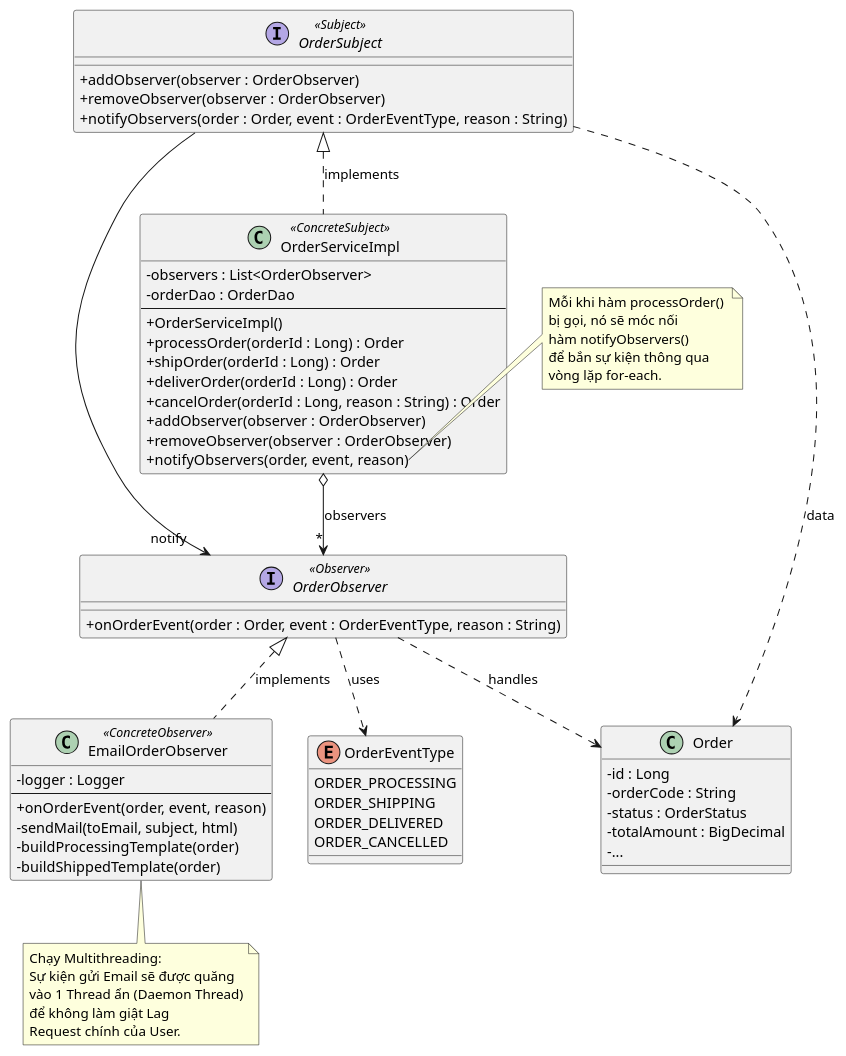
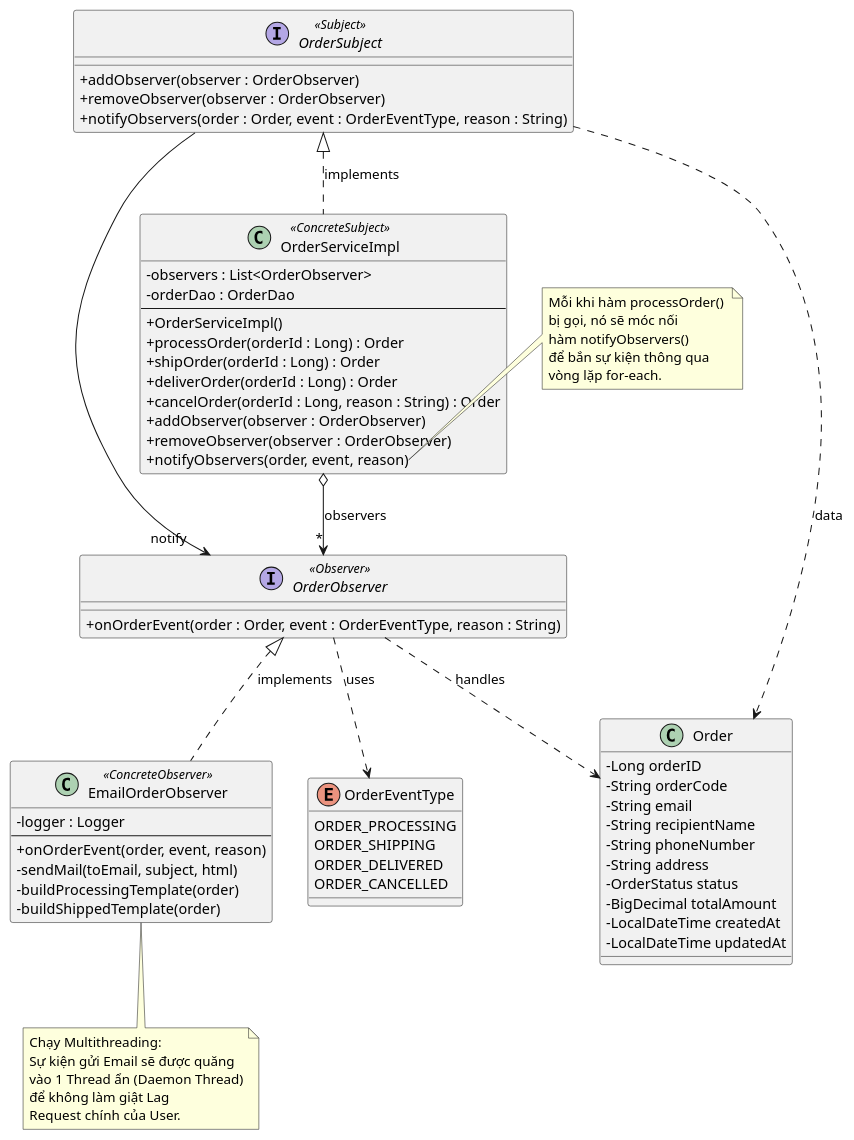
Before and after one commit to trihieuvo/justFUML: the diagram in src/Khanh_Pattern_Puml/observer_order.puml, drawn with PlantUML. The commit also changed 8 other files, not shown here.

First line of the commit message:
Update UML diagrams and add design patterns report

```diff
--- a/src/Khanh_Pattern_Puml/observer_order.puml
+++ b/src/Khanh_Pattern_Puml/observer_order.puml
@@ -1,84 +1,89 @@
 @startuml
 skinparam ClassAttributeIconSize 0
 
 ' --- Subject (Nhà phát hành) ---
 interface OrderSubject <<Subject>> {
     + addObserver(observer : OrderObserver)
     + removeObserver(observer : OrderObserver)
     + notifyObservers(order : Order, event : OrderEventType, reason : String)
 }
 
 ' --- Concrete Subject ---
 class OrderServiceImpl <<ConcreteSubject>> {
     - observers : List<OrderObserver>
     - orderDao : OrderDao
     --
     + OrderServiceImpl()
     + processOrder(orderId : Long) : Order
     + shipOrder(orderId : Long) : Order
     + deliverOrder(orderId : Long) : Order
     + cancelOrder(orderId : Long, reason : String) : Order
     + addObserver(observer : OrderObserver)
     + removeObserver(observer : OrderObserver)
     + notifyObservers(order, event, reason)
 }
 
 ' --- Observer (Người Lắng nghe) ---
 interface OrderObserver <<Observer>> {
     + onOrderEvent(order : Order, event : OrderEventType, reason : String)
 }
 
 ' --- Concrete Observers ---
 class EmailOrderObserver <<ConcreteObserver>> {
     - logger : Logger
     --
     + onOrderEvent(order, event, reason)
     - sendMail(toEmail, subject, html)
     - buildProcessingTemplate(order)
     - buildShippedTemplate(order)
 }
 
 ' --- Data Flow (Event Object) ---
 enum OrderEventType {
     ORDER_PROCESSING
     ORDER_SHIPPING
     ORDER_DELIVERED
     ORDER_CANCELLED
 }
 
 ' --- Relationships ---
 OrderSubject <|.. OrderServiceImpl : "implements"
 OrderObserver <|.. EmailOrderObserver : "implements"
 OrderSubject -> "notify" OrderObserver : ""
 OrderServiceImpl o--> "*" OrderObserver : "observers"
 OrderObserver ..> OrderEventType : "uses"
 OrderSubject ..> Order : "data"
 OrderObserver ..> Order : "handles"
 
 ' --- Data Entities (Abbreviated) ---
 class Order {
-    - id : Long
-    - orderCode : String
-    - status : OrderStatus
-    - totalAmount : BigDecimal
-    - ...
+- Long orderID
+- String orderCode
+- String email
+- String recipientName
+- String phoneNumber
+- String address
+- OrderStatus status
+- BigDecimal totalAmount
+- LocalDateTime createdAt
+- LocalDateTime updatedAt
 }
 
 ' --- Notes ---
 note right of OrderServiceImpl::notifyObservers
   Mỗi khi hàm processOrder() 
   bị gọi, nó sẽ móc nối 
   hàm notifyObservers() 
   để bắn sự kiện thông qua 
   vòng lặp for-each.
 end note
 
 note bottom of EmailOrderObserver
   Chạy Multithreading: 
   Sự kiện gửi Email sẽ được quăng
   vào 1 Thread ẩn (Daemon Thread)
   để không làm giật Lag
   Request chính của User.
 end note
 
 @enduml
```
